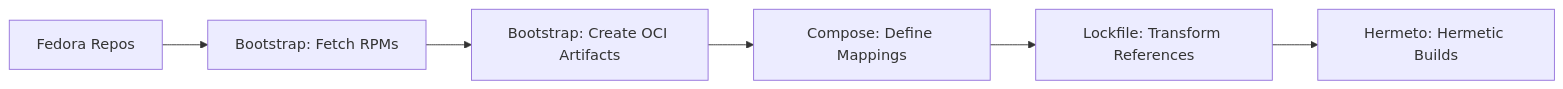
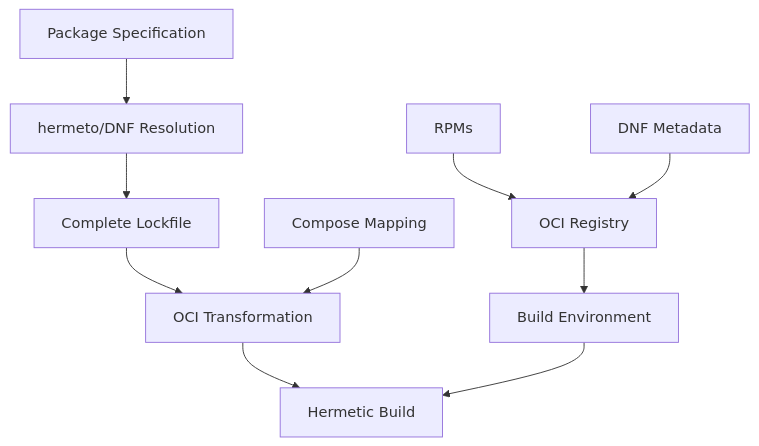
One commit to brianwcook/konflux-primitives-workflow changed the diagram in demo/README.md. Above: the diagram before and after it, drawn with Mermaid. The commit also changed other lines of this file and 169 other files, not shown here.

````diff
--- a/demo/README.md
+++ b/demo/README.md
@@ -39,8 +119,14 @@
 ```mermaid
-graph LR
-    A[Fedora Repos] --> B[Bootstrap: Fetch RPMs]
-    B --> C[Bootstrap: Create OCI Artifacts]
-    C --> D[Compose: Define Mappings]
-    D --> E[Lockfile: Transform References]
-    E --> F[Hermeto: Hermetic Builds]
+graph TB
+    A[Package Specification] --> B[hermeto/DNF Resolution]
+    B --> C[Complete Lockfile]
+    C --> D[OCI Transformation]
+    D --> E[Hermetic Build]
+    
+    F[RPMs] --> G[OCI Registry]
+    H[DNF Metadata] --> G
+    I[Compose Mapping] --> D
+    
+    G --> J[Build Environment]
+    J --> E
 ```
````
